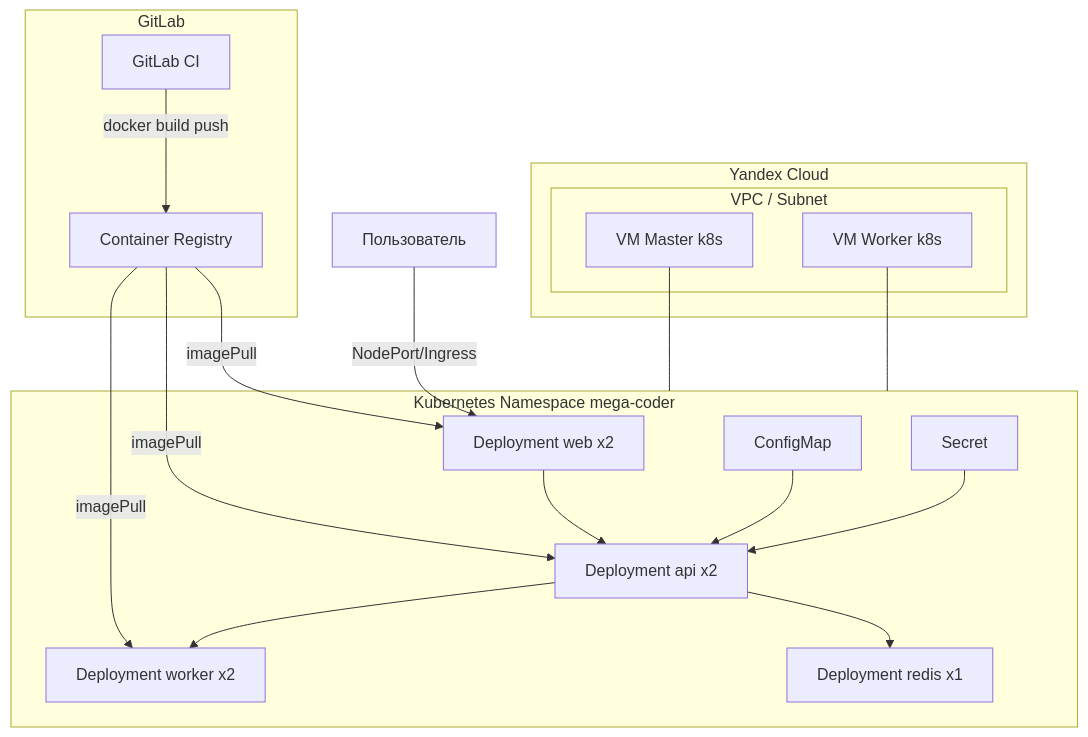
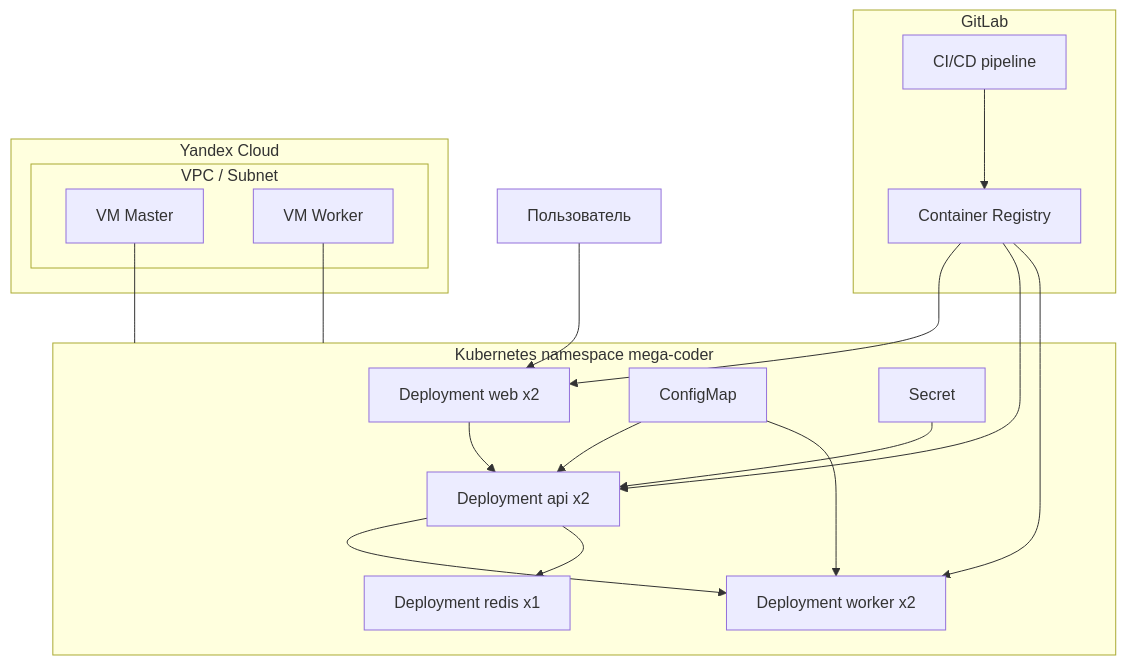
The diagram in REPORT.md (SERGEY-MEGA/DEVOPS_Mega-Coder), drawn with Mermaid before and after one commit. The commit also changed other lines of this file and 4 other files, not shown here.

````diff
--- a/REPORT.md
+++ b/REPORT.md
@@ -37,33 +48,39 @@
 ```mermaid
 flowchart TB
-  subgraph cloud [Yandex Cloud]
-    subgraph vpc [VPC / Subnet]
-      M[VM Master k8s]
-      W[VM Worker k8s]
+  subgraph gitlab ["GitLab"]
+    CI["CI/CD pipeline"]
+    REG["Container Registry"]
+  end
+
+  subgraph cloud ["Yandex Cloud"]
+    subgraph net ["VPC / Subnet"]
+      MASTER["VM Master"]
+      WORKER["VM Worker"]
     end
   end
-  subgraph k8s [Kubernetes Namespace mega-coder]
-    WEB[Deployment web x2]
-    API[Deployment api x2]
-    WRK[Deployment worker x2]
-    RDS[Deployment redis x1]
-    CM[ConfigMap]
-    SEC[Secret]
+
+  subgraph k8s ["Kubernetes namespace mega-coder"]
+    WEB["Deployment web x2"]
+    API["Deployment api x2"]
+    WRK["Deployment worker x2"]
+    REDIS["Deployment redis x1"]
+    CM["ConfigMap"]
+    SEC["Secret"]
   end
-  subgraph cicd [GitLab]
-    GL[GitLab CI]
-    REG[Container Registry]
-  end
-  GL -->|docker build push| REG
-  REG -->|imagePull| API
-  REG -->|imagePull| WEB
-  REG -->|imagePull| WRK
-  USER[Пользователь] -->|NodePort/Ingress| WEB
+
+  USER["Пользователь"] --> WEB
   WEB --> API
-  API --> RDS
   API --> WRK
+  API --> REDIS
   CM --> API
+  CM --> WRK
   SEC --> API
-  M --- k8s
-  W --- k8s
+
+  CI --> REG
+  REG --> WEB
+  REG --> API
+  REG --> WRK
+
+  MASTER --- k8s
+  WORKER --- k8s
 ```
````
